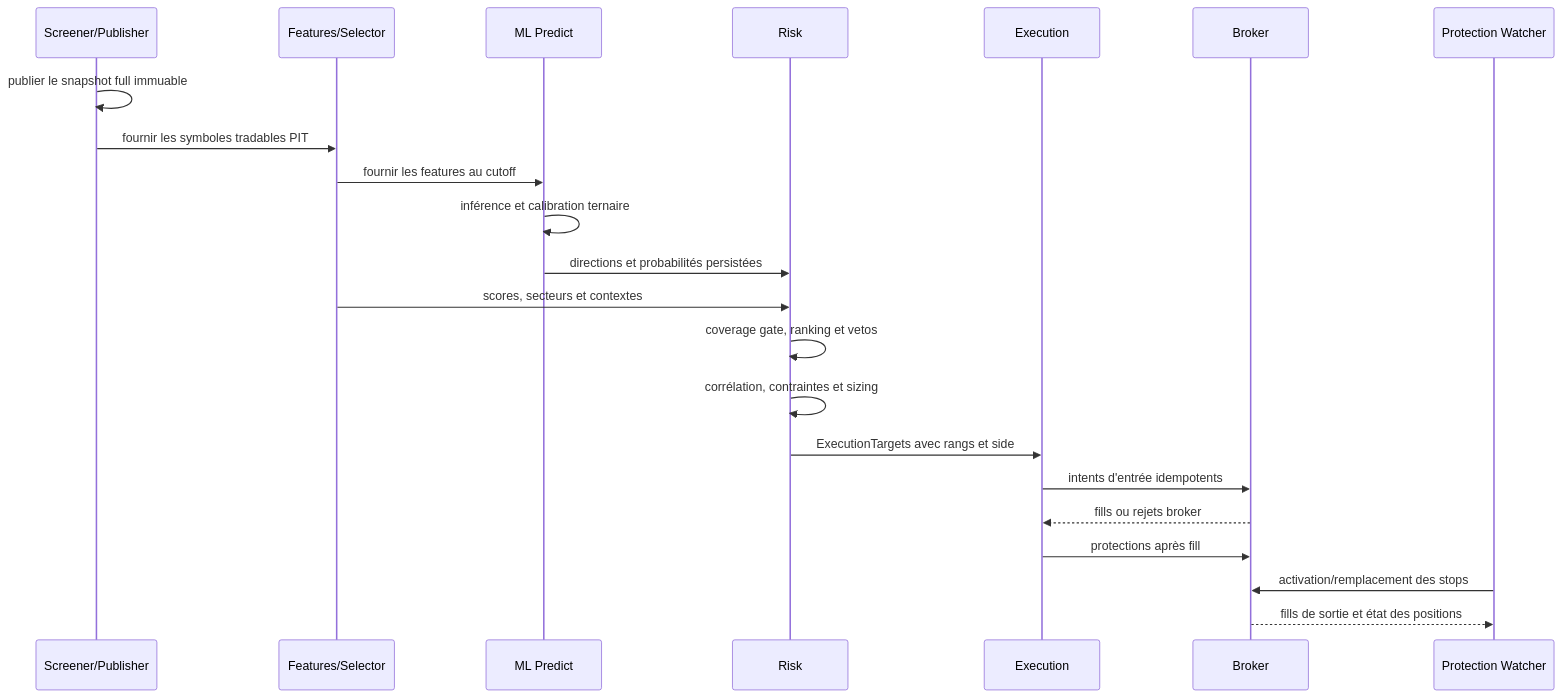
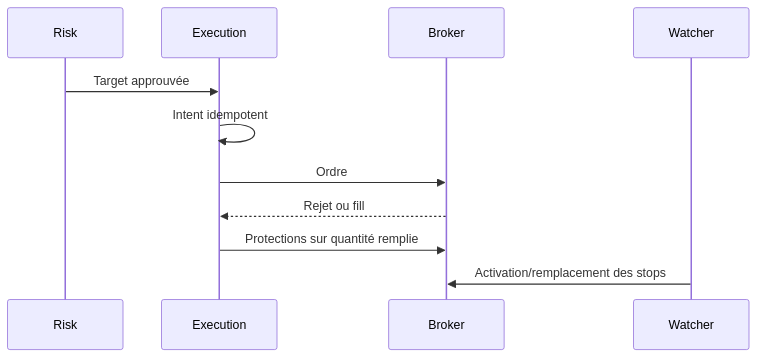
The third of 4 diagrams in doc/synthese_long_short.md (mli2000fr/alpha_trade), drawn with Mermaid before and after one commit. The commit also changed other lines of this file and 1 other file, not shown here.

````diff
--- a/doc/synthese_long_short.md
+++ b/doc/synthese_long_short.md
@@ -652,25 +538,13 @@
 ```mermaid
 sequenceDiagram
-   participant S as Screener/Publisher
-   participant F as Features/Selector
-   participant M as ML Predict
-   participant R as Risk
-   participant E as Execution
-   participant B as Broker
-   participant W as Protection Watcher
-
-   S->>S: publier le snapshot full immuable
-   S->>F: fournir les symboles tradables PIT
-   F->>M: fournir les features au cutoff
-   M->>M: inférence et calibration ternaire
-   M->>R: directions et probabilités persistées
-   F->>R: scores, secteurs et contextes
-   R->>R: coverage gate, ranking et vetos
-   R->>R: corrélation, contraintes et sizing
-   R->>E: ExecutionTargets avec rangs et side
-   E->>B: intents d'entrée idempotents
-   B-->>E: fills ou rejets broker
-   E->>B: protections après fill
-   W->>B: activation/remplacement des stops
-   B-->>W: fills de sortie et état des positions
+    participant R as Risk
+    participant E as Execution
+    participant B as Broker
+    participant W as Watcher
+    R->>E: Target approuvée
+    E->>E: Intent idempotent
+    E->>B: Ordre
+    B-->>E: Rejet ou fill
+    E->>B: Protections sur quantité remplie
+    W->>B: Activation/remplacement des stops
 ```
````
